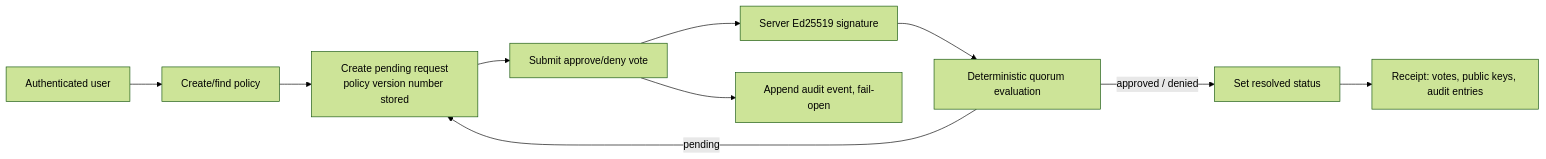
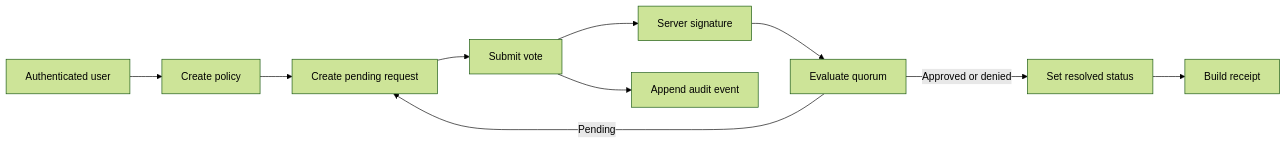
Before and after one commit to Kushh-Santhosh/TRUSTLINE: the seventh of 8 diagrams in README.md, drawn with Mermaid (forest theme). The commit also changed other lines of this file, not shown here.

Commit message:
docs: fix GitHub Mermaid rendering

````diff
--- a/README.md
+++ b/README.md
@@ -419,12 +419,12 @@
 ```mermaid
 flowchart LR
-  C[Authenticated user] --> P[Create/find policy]
-  P --> R[Create pending request\npolicy version number stored]
-  R --> V[Submit approve/deny vote]
-  V --> SIG[Server Ed25519 signature]
-  SIG --> Q[Deterministic quorum evaluation]
-  Q -->|pending| R
-  Q -->|approved / denied| RES[Set resolved status]
-  V --> AUD[Append audit event, fail-open]
-  RES --> REC[Receipt: votes, public keys, audit entries]
+  C["Authenticated user"] --> P["Create policy"]
+  P --> R["Create pending request"]
+  R --> V["Submit vote"]
+  V --> SIG["Server signature"]
+  SIG --> Q["Evaluate quorum"]
+  Q -->|"Pending"| R
+  Q -->|"Approved or denied"| RES["Set resolved status"]
+  V --> AUD["Append audit event"]
+  RES --> REC["Build receipt"]
 ```
````
